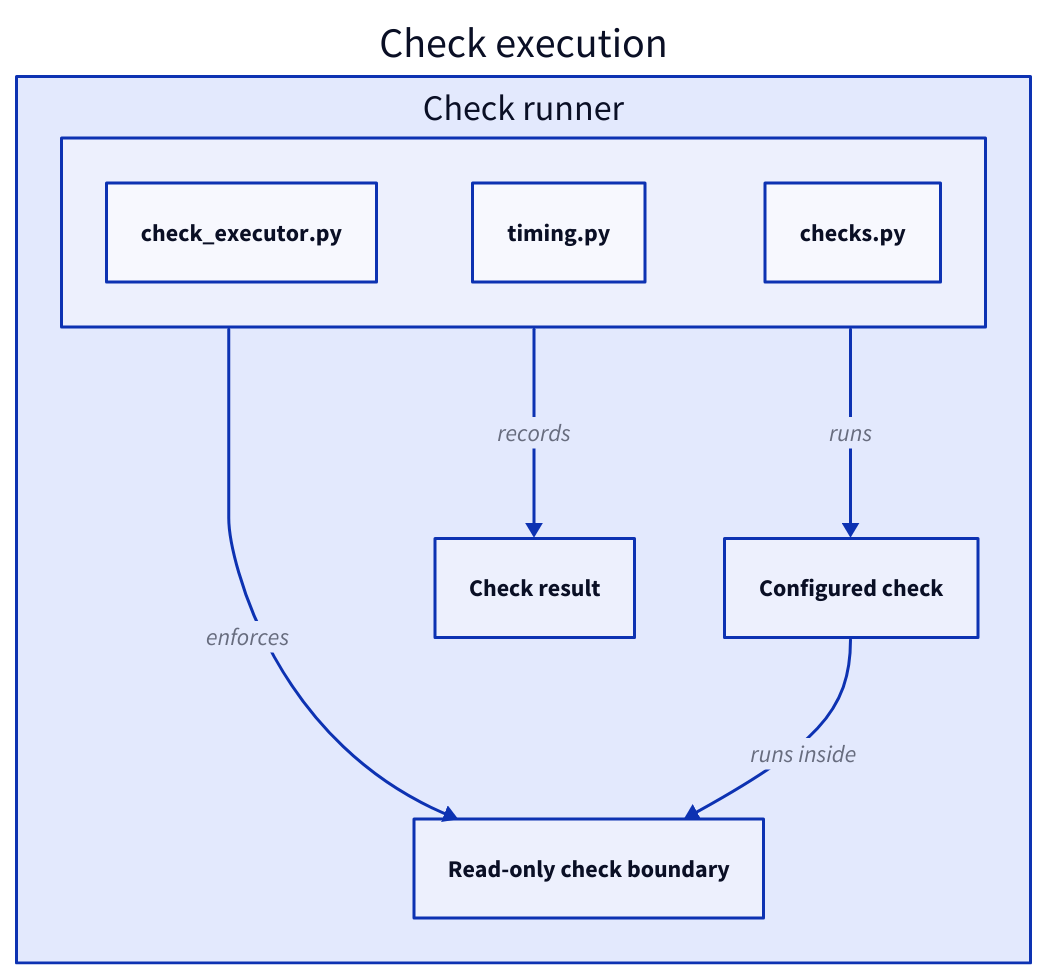
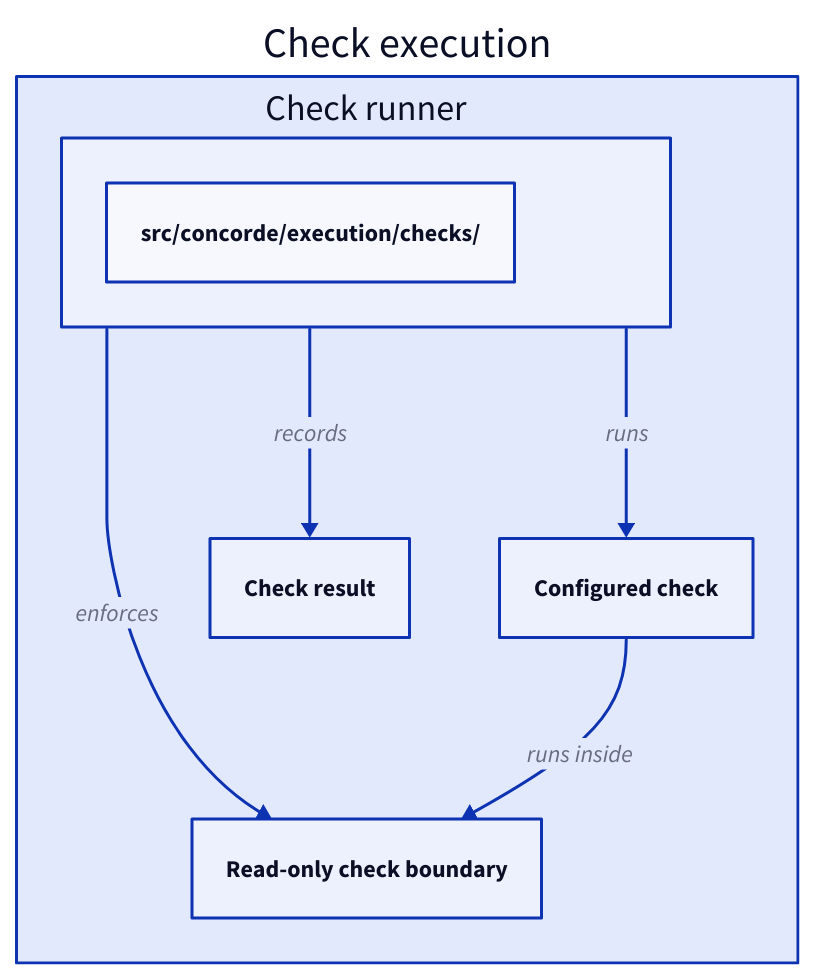
The third of 3 diagrams in specs/concorde/execution/checks/module.md (FTOD/concorde), drawn with D2 before and after one commit. The commit also changed 224 other files, not shown here.

````diff
--- a/specs/concorde/execution/checks/module.md
+++ b/specs/concorde/execution/checks/module.md
@@ -187,16 +187,14 @@
 ```d2
 checks: Check execution {
   runner: Check runner {
-    "check_executor.py"
-    "timing.py"
-    "checks.py"
+    "src/concorde/execution/checks/"
   }
   check: Configured check
   result: Check result
   boundary: Read-only check boundary
   runner -> check: runs
   runner -> result: records
   runner -> boundary: enforces
   check -> boundary: runs inside
 }
 ```
````
